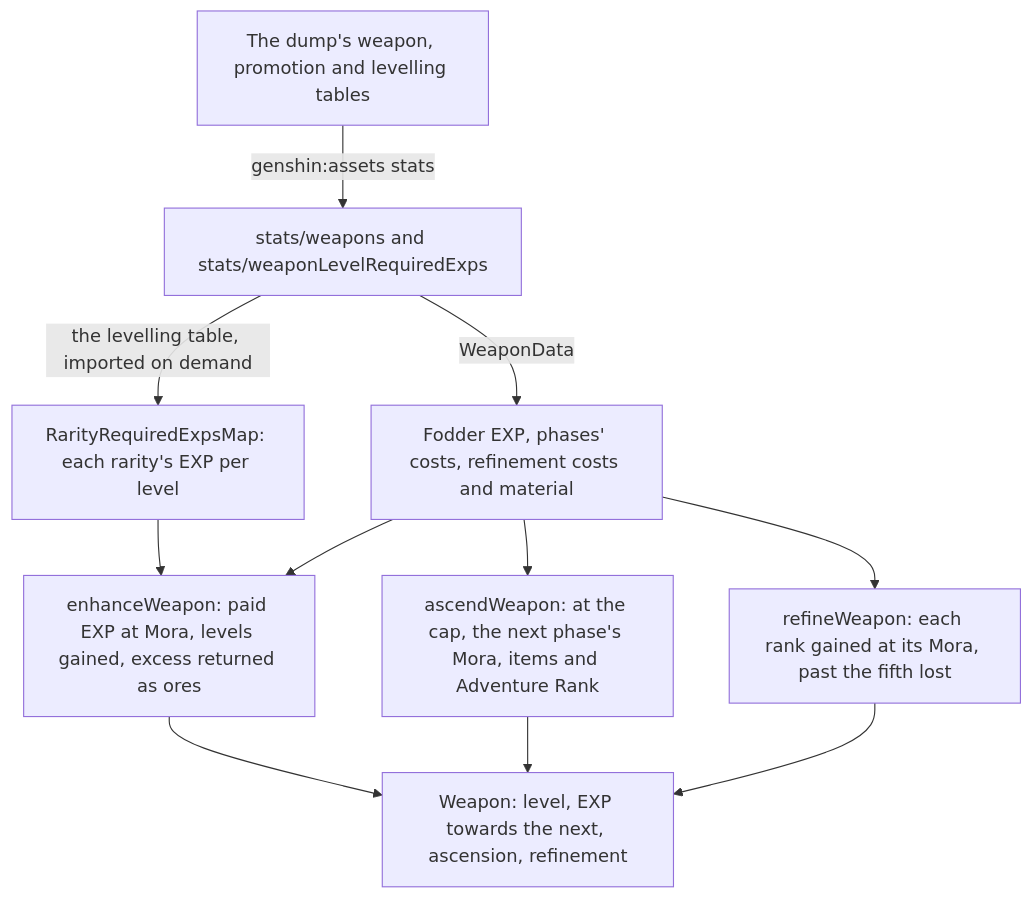
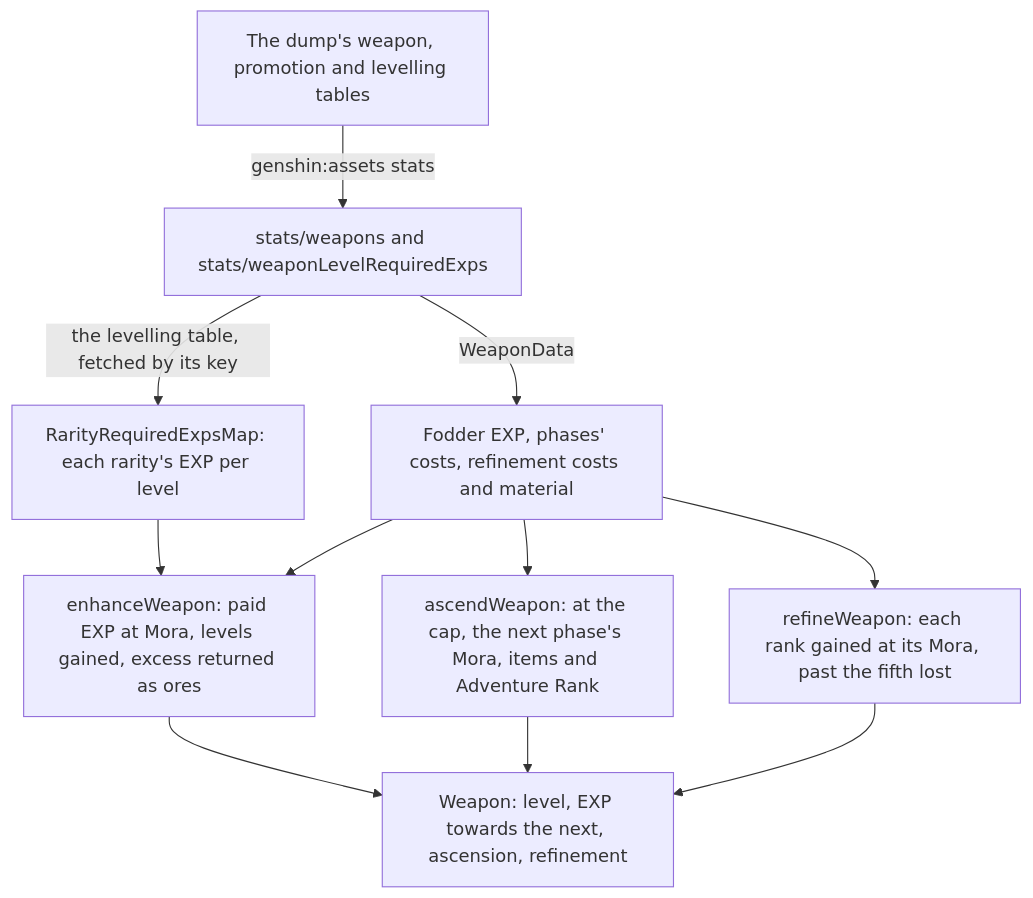
The diagram in apps/web/content/docs/genshin/weapon-enhancement.md (Esposter/Esposter), drawn with Mermaid before and after one commit. The commit also changed 4 other files, not shown here.

````diff
--- a/apps/web/content/docs/genshin/weapon-enhancement.md
+++ b/apps/web/content/docs/genshin/weapon-enhancement.md
@@ -12,13 +12,13 @@
 ```mermaid
 flowchart TD
   DUMP["The dump's weapon, promotion and levelling tables"] -->|"genshin:assets stats"| TABLES["stats/weapons and stats/weaponLevelRequiredExps"]
-  TABLES -->|"the levelling table, imported on demand"| REQUIRED["RarityRequiredExpsMap: each rarity's EXP per level"]
+  TABLES -->|"the levelling table, fetched by its key"| REQUIRED["RarityRequiredExpsMap: each rarity's EXP per level"]
   TABLES -->|"WeaponData"| DATA["Fodder EXP, phases' costs, refinement costs and material"]
   REQUIRED --> ENHANCE["enhanceWeapon: paid EXP at Mora, levels gained, excess returned as ores"]
   DATA --> ENHANCE
   DATA --> ASCEND["ascendWeapon: at the cap, the next phase's Mora, items and Adventure Rank"]
   DATA --> REFINE["refineWeapon: each rank gained at its Mora, past the fifth lost"]
   ENHANCE --> WEAPON["Weapon: level, EXP towards the next, ascension, refinement"]
   ASCEND --> WEAPON
   REFINE --> WEAPON
 ```
````
